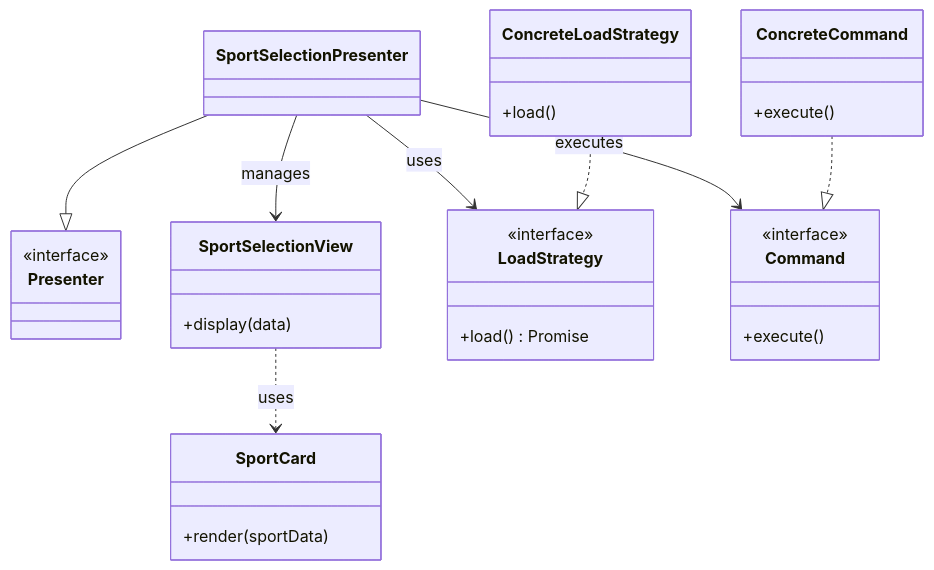
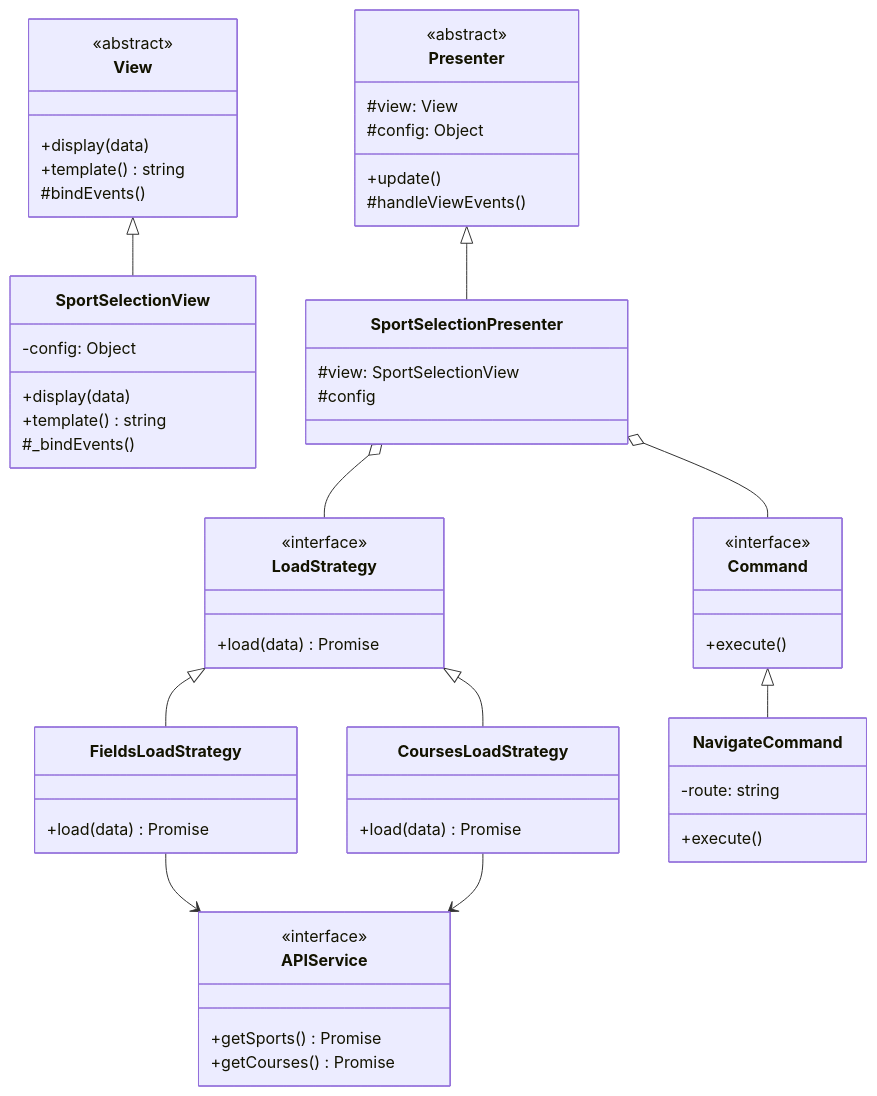
One commit to mb4dev/progetto-prova changed the third of 3 diagrams in consegna docu/moduli/selezione_sport/frontend/design.md. Above: the diagram before and after it, drawn with Mermaid. The commit also changed other lines of this file and 93 other files, not shown here.

````diff
--- a/consegna docu/moduli/selezione_sport/frontend/design.md
+++ b/consegna docu/moduli/selezione_sport/frontend/design.md
@@ -56,44 +63,135 @@
 ```mermaid
 classDiagram
-    class Presenter {
-        <<interface>>
-    }
 
-    class SportSelectionPresenter {
+class View {
 
-    }
+<<abstract>>
 
-    class SportSelectionView {
-        +display(data)
-    }
++display(data)
 
-    class SportCard {
-        +render(sportData)
-    }
++template() string
 
-    class LoadStrategy {
-        <<interface>>
-        +load() Promise
-    }
+#bindEvents()
 
-    class Command {
-        <<interface>>
-        +execute()
-    }
+}
 
-    class ConcreteLoadStrategy {
-        +load()
-    }
+  
 
-    class ConcreteCommand {
-        +execute()
-    }
+class SportSelectionView {
 
-    SportSelectionPresenter --|> Presenter
-    SportSelectionPresenter --> SportSelectionView : manages
-    SportSelectionView ..> SportCard : uses
-    SportSelectionPresenter --> LoadStrategy : uses
-    SportSelectionPresenter --> Command : executes
-    ConcreteLoadStrategy ..|> LoadStrategy
-    ConcreteCommand ..|> Command
+-config: Object
+
++display(data)
+
++template() string
+
+#_bindEvents()
+
+}
+
+  
+
+class Presenter {
+
+<<abstract>>
+
+#view: View
+
+#config: Object
+
++update()
+
+#handleViewEvents()
+
+}
+
+  
+
+class SportSelectionPresenter {
+
+#view: SportSelectionView
+
+#config
+
+}
+
+  
+
+class APIService {
+
+<<interface>>
+
++getSports() Promise
+
++getCourses() Promise
+
+}
+
+  
+
+class LoadStrategy {
+
+<<interface>>
+
++load(data) Promise
+
+}
+
+  
+
+class FieldsLoadStrategy {
+
++load(data) Promise
+
+}
+
+  
+
+class CoursesLoadStrategy {
+
++load(data) Promise
+
+}
+
+  
+
+class Command {
+
+<<interface>>
+
++execute()
+
+}
+
+  
+
+class NavigateCommand {
+
+-route: string
+
++execute()
+
+}
+
+  
+
+View <|-- SportSelectionView
+
+Presenter <|-- SportSelectionPresenter
+
+LoadStrategy <|-- FieldsLoadStrategy
+
+LoadStrategy <|-- CoursesLoadStrategy
+
+Command <|-- NavigateCommand
+
+  
+
+SportSelectionPresenter o-- LoadStrategy
+
+SportSelectionPresenter o-- Command
+
+FieldsLoadStrategy --> APIService
+
+CoursesLoadStrategy --> APIService
 ```
````
